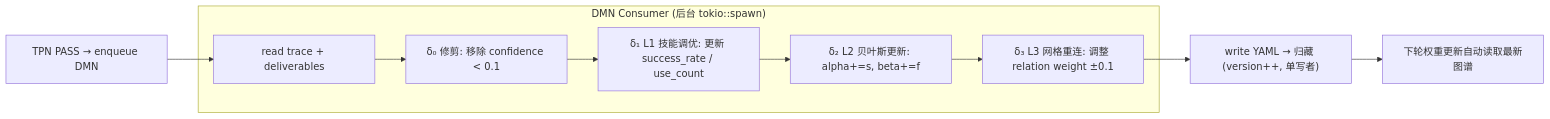
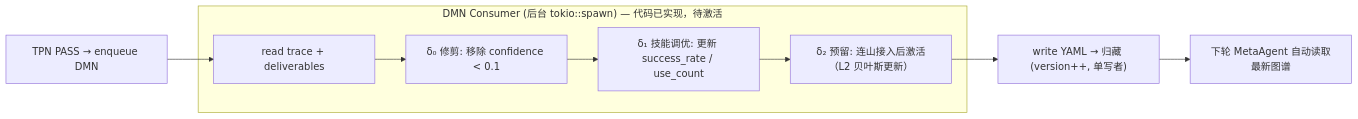
The sixth of 6 diagrams in BCP-蓝图-完型协议.md (wenge6090-tech/taiji), drawn with Mermaid before and after one commit. The commit also changed other lines of this file and 79 other files, not shown here.

````diff
--- a/BCP-蓝图-完型协议.md
+++ b/BCP-蓝图-完型协议.md
@@ -574,14 +735,13 @@
 ```mermaid
 flowchart LR
     PASS["TPN PASS → enqueue DMN"] --> READ["read trace + deliverables"]
 
-    subgraph "DMN Consumer (后台 tokio::spawn)"
+    subgraph "DMN Consumer (后台 tokio::spawn) — 代码已实现，待激活"
         READ --> D0["δ₀ 修剪: 移除 confidence < 0.1"]
-        D0 --> D1["δ₁ L1 技能调优: 更新 success_rate / use_count"]
-        D1 --> D2["δ₂ L2 贝叶斯更新: alpha+=s, beta+=f"]
-        D2 --> D3["δ₃ L3 网格重连: 调整 relation weight ±0.1"]
+        D0 --> D1["δ₁ 技能调优: 更新 success_rate / use_count"]
+        D1 --> D2["δ₂ 预留: 连山接入后激活（L2 贝叶斯更新）"]
     end
 
-    D3 --> WRITE["write YAML → 归藏 (version++, 单写者)"]
-    WRITE --> NEXT["下轮权重更新自动读取最新图谱"]
+    D2 --> WRITE["write YAML → 归藏 (version++, 单写者)"]
+    WRITE --> NEXT["下轮 MetaAgent 自动读取最新图谱"]
 ```
````
